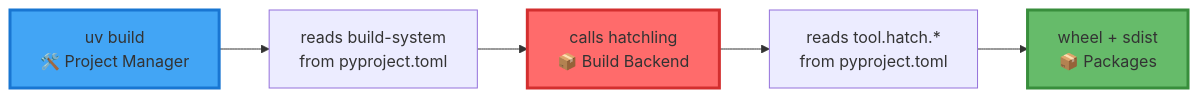
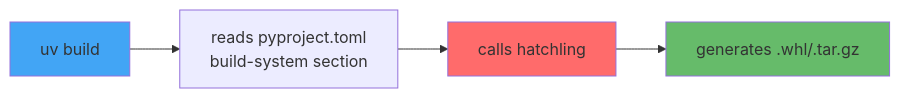
The second of 2 diagrams in python-packaging-and-best-practices/sections/05-library-repository-structure.md (d2207197/slides-and-docs), drawn with Mermaid before and after one commit. The commit also changed other lines of this file and 1 other file, not shown here.

````diff
--- a/python-packaging-and-best-practices/sections/05-library-repository-structure.md
+++ b/python-packaging-and-best-practices/sections/05-library-repository-structure.md
@@ -151,11 +128,10 @@
 ```mermaid
 graph LR
-    A[uv build<br/>🛠️ Project Manager] --> B[reads build-system<br/>from pyproject.toml]
-    B --> C[calls hatchling<br/>📦 Build Backend]
-    C --> D[reads tool.hatch.*<br/>from pyproject.toml]
-    D --> E[wheel + sdist<br/>📦 Packages]
-
-    style A fill:#42a5f5,stroke:#1976d2,stroke-width:3px
-    style C fill:#ff6b6b,stroke:#d32f2f,stroke-width:3px
-    style E fill:#66bb6a,stroke:#388e3c,stroke-width:3px
+    A[uv build] --> B[reads pyproject.toml<br/>build-system section]
+    B --> C[calls hatchling]
+    C --> D[generates .whl/.tar.gz]
+    
+    style A fill:#42a5f5
+    style C fill:#ff6b6b
+    style D fill:#66bb6a
 ```
````
